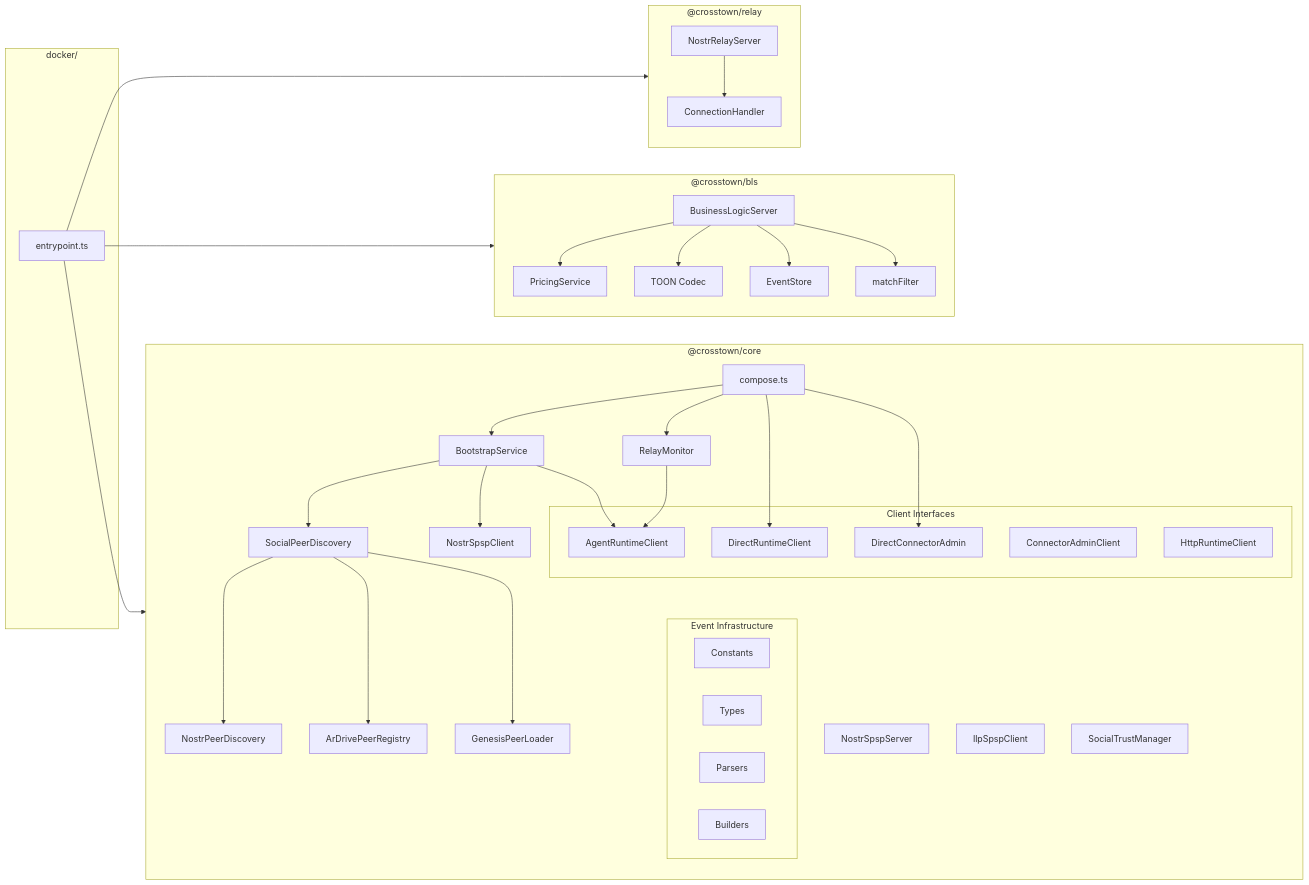
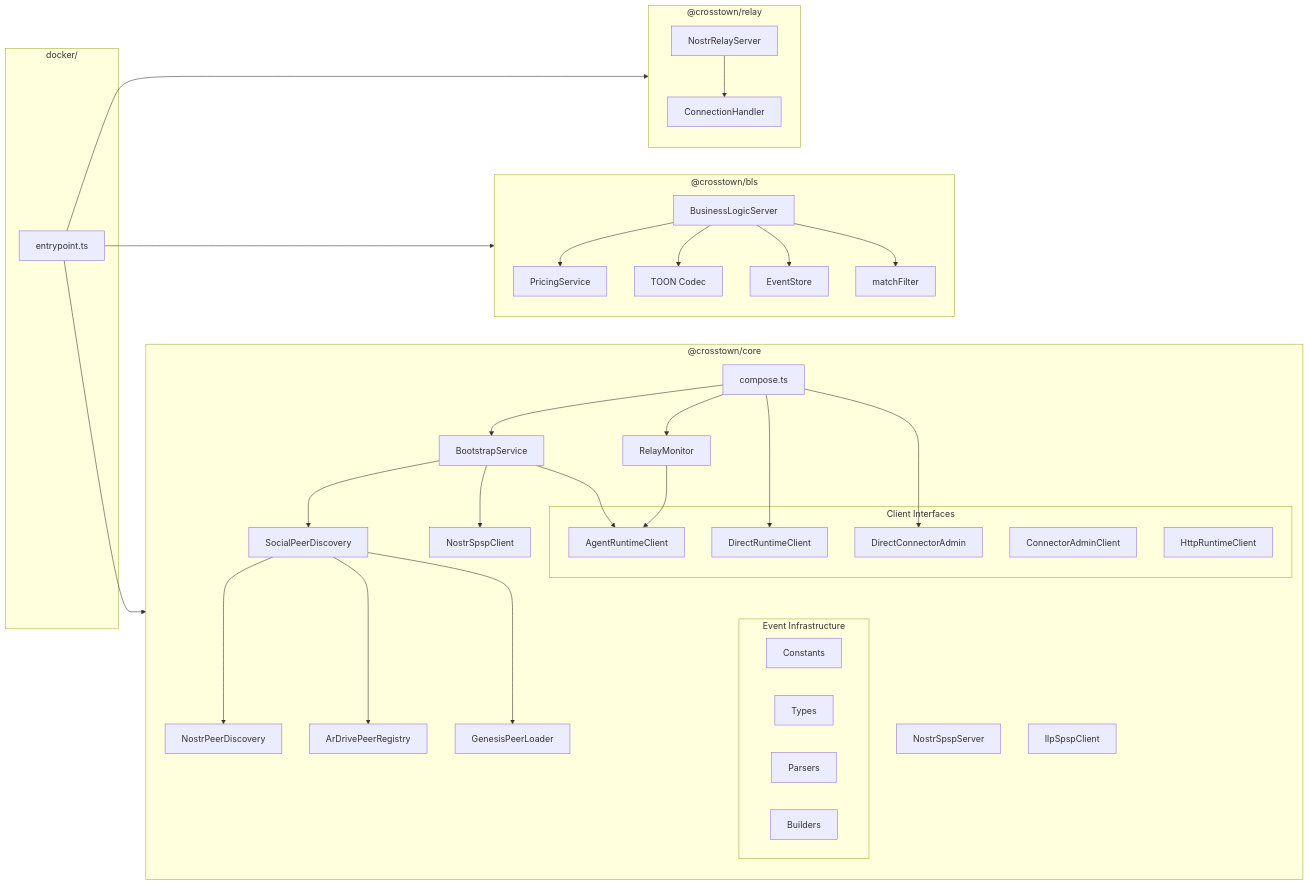
One commit to ALLiDoizCode/crosstown changed the diagram in docs/architecture/5-components.md. Above: the diagram before and after it, drawn with Mermaid. The commit also changed other lines of this file and 8 other files, not shown here.

First line of the commit message:
docs: align architecture documentation with actual project state

````diff
--- a/docs/architecture/5-components.md
+++ b/docs/architecture/5-components.md
@@ -108,72 +79,71 @@
 ```mermaid
 graph LR
     subgraph "@crosstown/core"
         direction TB
         SPD[SocialPeerDiscovery]
         NPD[NostrPeerDiscovery]
         ARP[ArDrivePeerRegistry]
         GPL[GenesisPeerLoader]
         NSC[NostrSpspClient]
         NSS[NostrSpspServer]
         ISC[IlpSpspClient]
-        STM[SocialTrustManager]
         BS[BootstrapService]
         RM[RelayMonitor]
         COMP[compose.ts]
 
         subgraph "Event Infrastructure"
             CONST[Constants]
             TYPES[Types]
             PARSE[Parsers]
             BUILD[Builders]
         end
 
         subgraph "Client Interfaces"
             ARC[AgentRuntimeClient]
             CAC[ConnectorAdminClient]
             DRC[DirectRuntimeClient]
             DCA[DirectConnectorAdmin]
             HRC[HttpRuntimeClient]
         end
 
         SPD --> NPD
         SPD --> ARP
         SPD --> GPL
         BS --> SPD
         BS --> NSC
         BS --> ARC
         RM --> ARC
         COMP --> BS
         COMP --> RM
         COMP --> DRC
         COMP --> DCA
     end
 
     subgraph "@crosstown/bls"
         direction TB
         BLS_SRV[BusinessLogicServer]
         PRICE[PricingService]
         STORE_BLS[EventStore]
         TOON_BLS[TOON Codec]
         FILTER_BLS[matchFilter]
 
         BLS_SRV --> PRICE
         BLS_SRV --> TOON_BLS
         BLS_SRV --> STORE_BLS
         BLS_SRV --> FILTER_BLS
     end
 
     subgraph "@crosstown/relay"
         direction TB
         WSS[NostrRelayServer]
         CONN[ConnectionHandler]
         WSS --> CONN
     end
 
     subgraph "docker/"
         EP[entrypoint.ts]
         EP --> BLS_SRV
         EP --> WSS
         EP --> BS
     end
 ```
````
